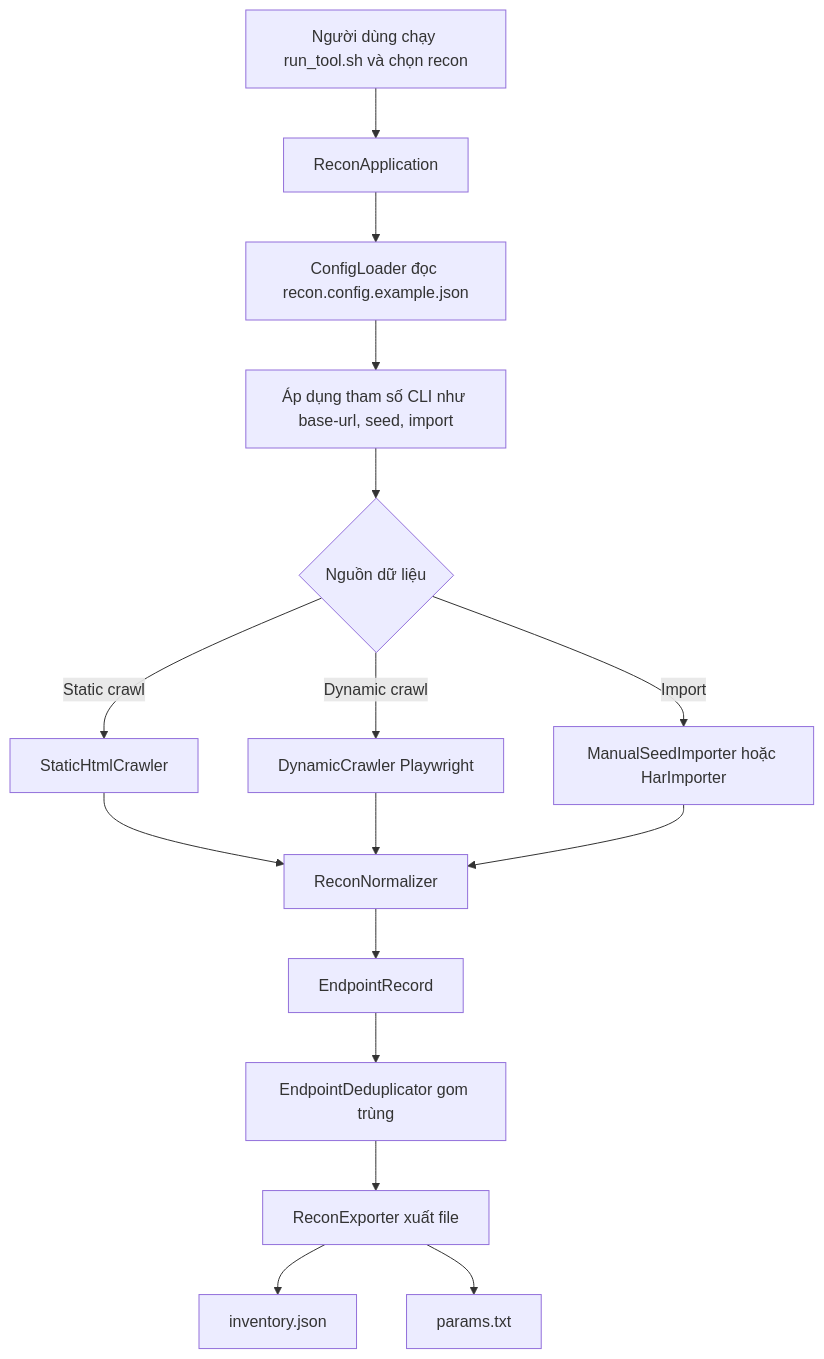
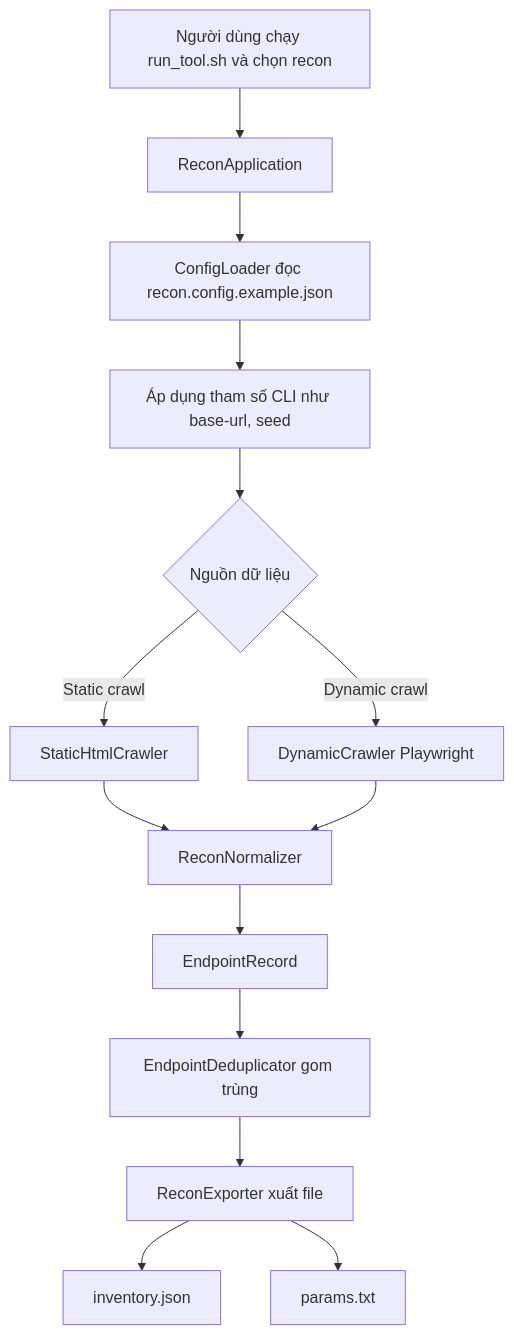
Before and after one commit to penguino7/toolkiemthu: the first of 8 diagrams in recontool/RECON_FLOW.md, drawn with Mermaid. The commit also changed other lines of this file and 17 other files, not shown here.

````diff
--- a/recontool/RECON_FLOW.md
+++ b/recontool/RECON_FLOW.md
@@ -7,22 +7,20 @@
 ```mermaid
 flowchart TD
     A[Người dùng chạy run_tool.sh và chọn recon] --> B[ReconApplication]
     B --> C[ConfigLoader đọc recon.config.example.json]
-    C --> D[Áp dụng tham số CLI như base-url, seed, import]
+    C --> D[Áp dụng tham số CLI như base-url, seed]
 
     D --> E{Nguồn dữ liệu}
     E -->|Static crawl| F[StaticHtmlCrawler]
     E -->|Dynamic crawl| G[DynamicCrawler Playwright]
-    E -->|Import| H[ManualSeedImporter hoặc HarImporter]
 
     F --> I[ReconNormalizer]
     G --> I
-    H --> I
 
     I --> J[EndpointRecord]
     J --> K[EndpointDeduplicator gom trùng]
     K --> L[ReconExporter xuất file]
 
     L --> M[inventory.json]
     L --> N[params.txt]
 ```
````
